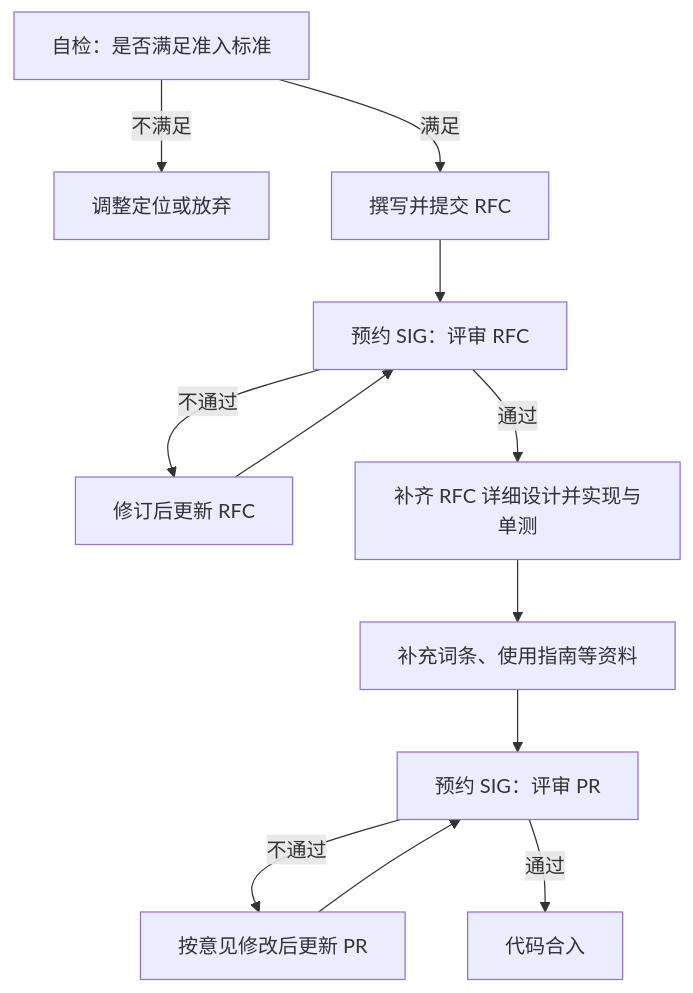
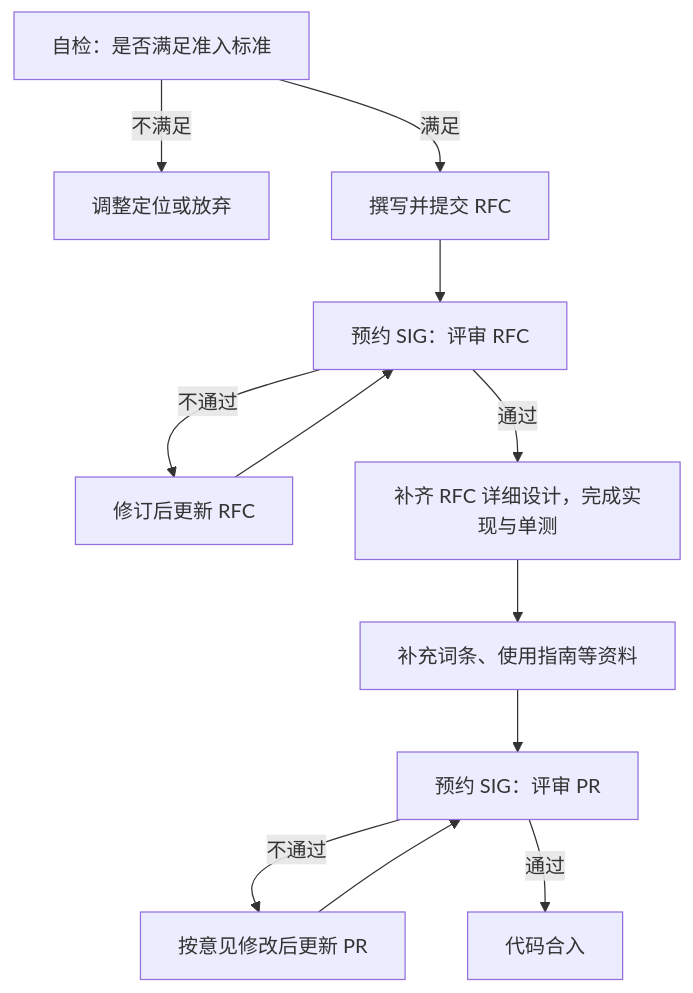
One commit to mindstudio-docs/master changed the diagram in msmodelslim/docs/zh/contributing/algorithm_contribution_guide.md. Above: the diagram before and after it, drawn with Mermaid. The commit also changed other lines of this file and 153 other files, not shown here.

````diff
--- a/msmodelslim/docs/zh/contributing/algorithm_contribution_guide.md
+++ b/msmodelslim/docs/zh/contributing/algorithm_contribution_guide.md
@@ -58,14 +58,14 @@
 ```mermaid
 flowchart TD
   A[自检：是否满足准入标准] -->|不满足| A0[调整定位或放弃]
   A -->|满足| B[撰写并提交 RFC]
   B --> C[预约 SIG：评审 RFC]
   C -->|不通过| C1[修订后更新 RFC]
   C1 --> C
-  C -->|通过| D[补齐 RFC 详细设计并实现与单测]
+  C -->|通过| D[补齐 RFC 详细设计，完成实现与单测]
   D --> E[补充词条、使用指南等资料]
   E --> F[预约 SIG：评审 PR]
   F -->|不通过| F1[按意见修改后更新 PR]
   F1 --> F
   F -->|通过| G[代码合入]
 ```
````
